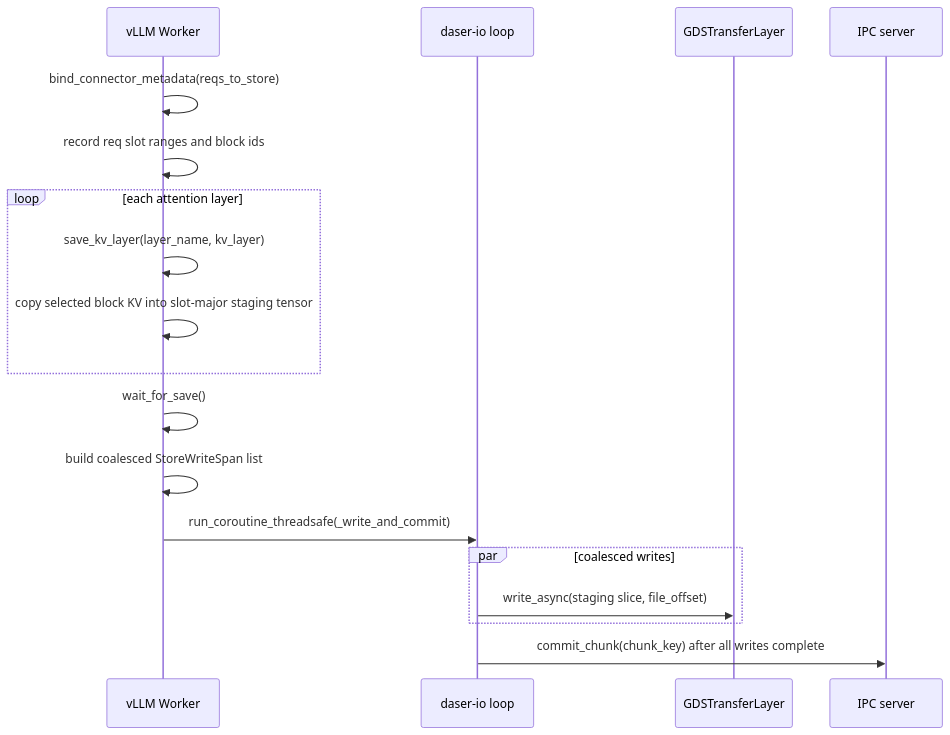
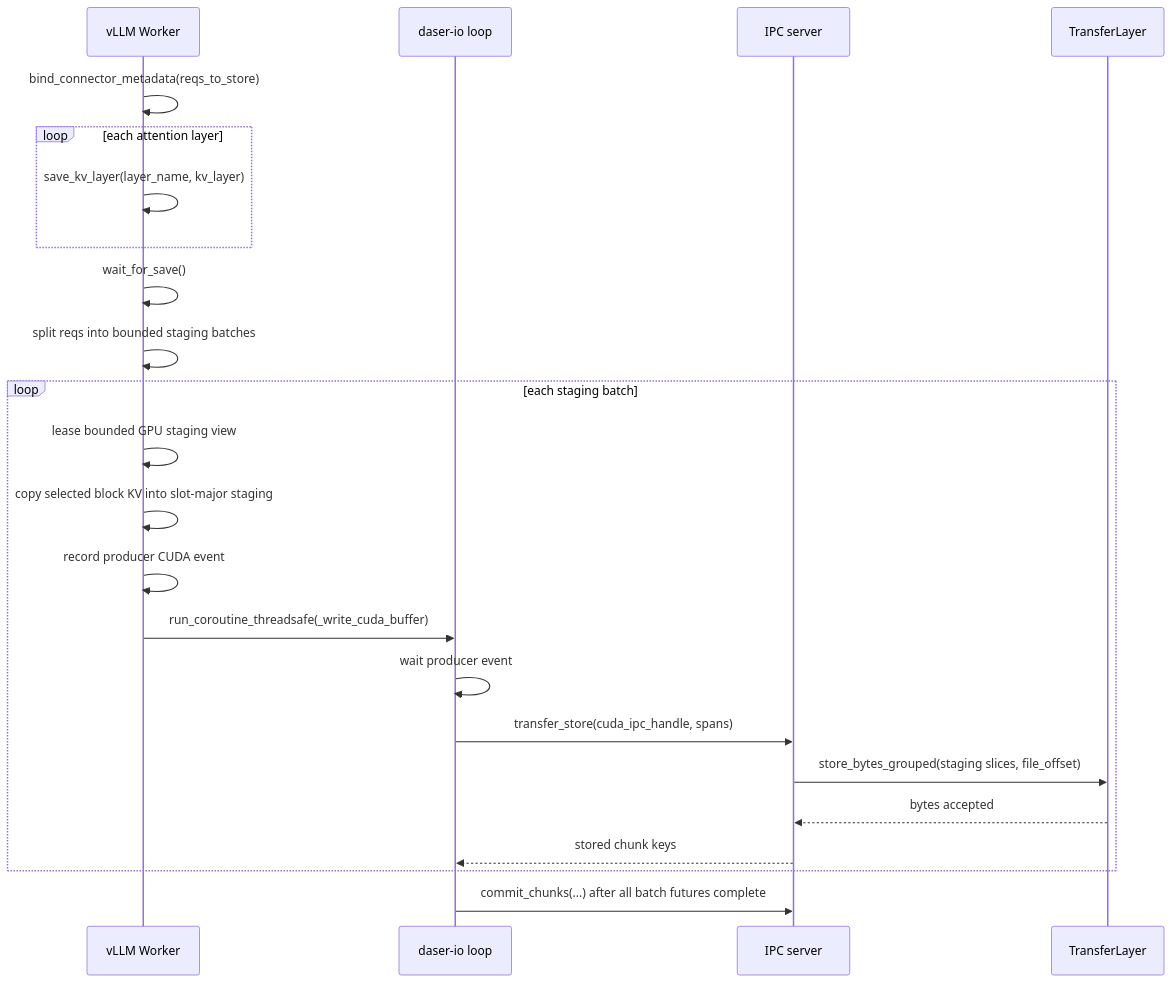
Before and after one commit to GentleCold/DaseR: the fourth of 8 diagrams in docs/design/flows.md, drawn with Mermaid. The commit also changed other lines of this file and 49 other files, not shown here.

````diff
--- a/docs/design/flows.md
+++ b/docs/design/flows.md
@@ -102,21 +102,26 @@
 ```mermaid
 sequenceDiagram
     participant W as vLLM Worker
     participant BG as daser-io loop
-    participant GDS as GDSTransferLayer
     participant IPC as IPC server
+    participant TL as TransferLayer
 
     W->>W: bind_connector_metadata(reqs_to_store)
-    W->>W: record req slot ranges and block ids
     loop each attention layer
         W->>W: save_kv_layer(layer_name, kv_layer)
-        W->>W: copy selected block KV into slot-major staging tensor
     end
     W->>W: wait_for_save()
-    W->>W: build coalesced StoreWriteSpan list
-    W->>BG: run_coroutine_threadsafe(_write_and_commit)
-    par coalesced writes
-        BG->>GDS: write_async(staging slice, file_offset)
+    W->>W: split reqs into bounded staging batches
+    loop each staging batch
+        W->>W: lease bounded GPU staging view
+        W->>W: copy selected block KV into slot-major staging
+        W->>W: record producer CUDA event
+        W->>BG: run_coroutine_threadsafe(_write_cuda_buffer)
+        BG->>BG: wait producer event
+        BG->>IPC: transfer_store(cuda_ipc_handle, spans)
+        IPC->>TL: store_bytes_grouped(staging slices, file_offset)
+        TL-->>IPC: bytes accepted
+        IPC-->>BG: stored chunk keys
     end
-    BG->>IPC: commit_chunk(chunk_key) after all writes complete
+    BG->>IPC: commit_chunks(...) after all batch futures complete
 ```
````
